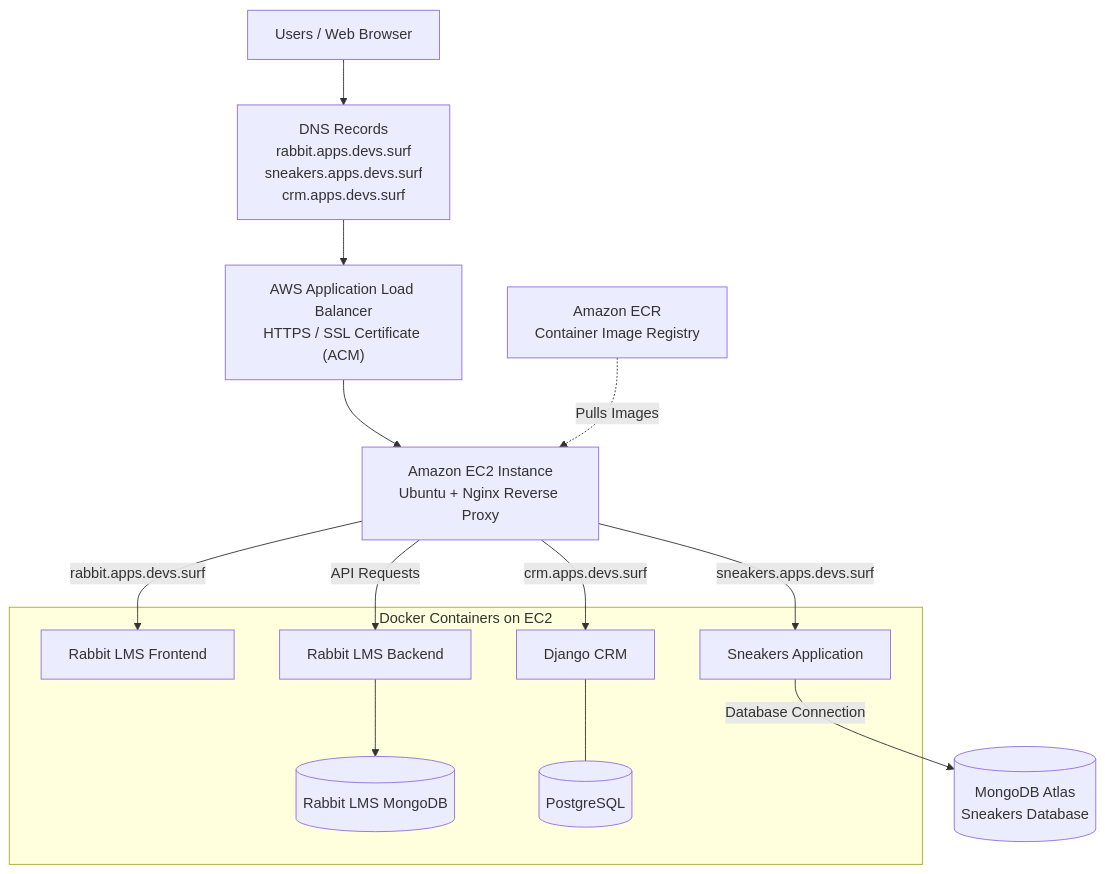
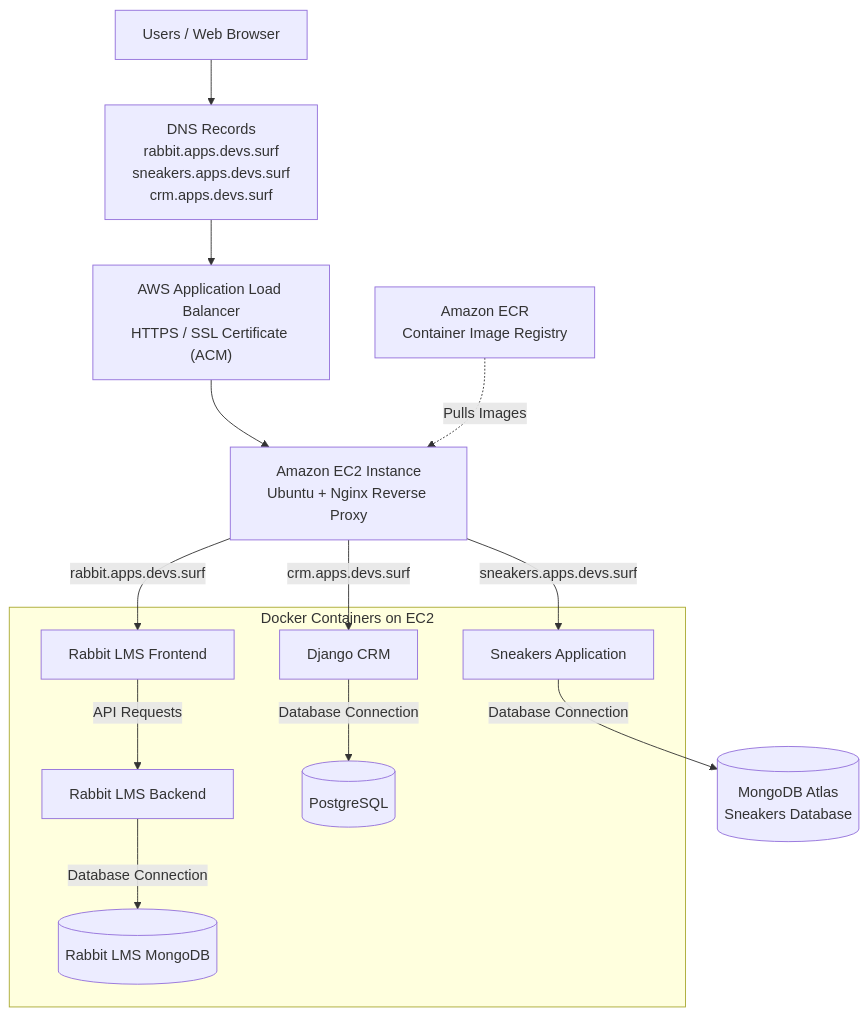
One commit to Ada045/Aws-multi-app-hosting-infrastructure changed the diagram in README.md. Above: the diagram before and after it, drawn with Mermaid.

Commit message:
Revise architecture connections in README
Updated connections in the architecture diagram to reflect the correct flow between components.

````diff
--- a/README.md
+++ b/README.md
@@ -18,36 +18,35 @@
 ```mermaid
 flowchart TD
     U["Users / Web Browser"]
 
     DNS["DNS Records<br/>rabbit.apps.devs.surf<br/>sneakers.apps.devs.surf<br/>crm.apps.devs.surf"]
 
     ALB["AWS Application Load Balancer<br/>HTTPS / SSL Certificate (ACM)"]
 
     EC2["Amazon EC2 Instance<br/>Ubuntu + Nginx Reverse Proxy"]
 
     U --> DNS
     DNS --> ALB
     ALB --> EC2
 
     EC2 -->|"rabbit.apps.devs.surf"| RF["Rabbit LMS Frontend"]
-    EC2 -->|"API Requests"| RB["Rabbit LMS Backend"]
+    RF -->|"API Requests"| RB["Rabbit LMS Backend"]
+    RB -->|"Database Connection"| RM[("Rabbit LMS MongoDB")]
+
     EC2 -->|"sneakers.apps.devs.surf"| SN["Sneakers Application"]
+    SN -->|"Database Connection"| ATLAS[("MongoDB Atlas<br/>Sneakers Database")]
+
     EC2 -->|"crm.apps.devs.surf"| CRM["Django CRM"]
-
-    RB --> RM[("Rabbit LMS MongoDB")]
-
-    CRM --- PG[("PostgreSQL")]
-
-    SN -->|"Database Connection"| ATLAS[("MongoDB Atlas<br/>Sneakers Database")]
+    CRM -->|"Database Connection"| PG[("PostgreSQL")]
 
     subgraph HOST["Docker Containers on EC2"]
         RF
         RB
         RM
         SN
         CRM
         PG
     end
 
     ECR["Amazon ECR<br/>Container Image Registry"] -.->|"Pulls Images"| EC2
 ```
````
